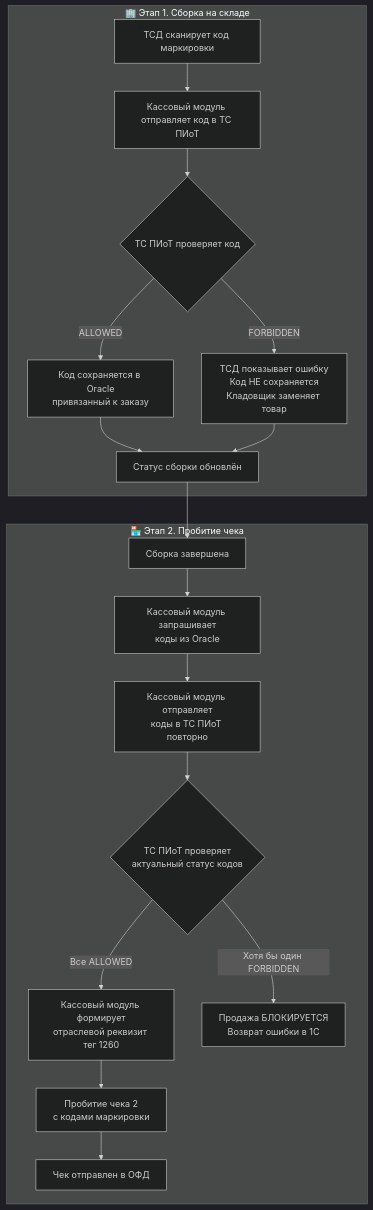
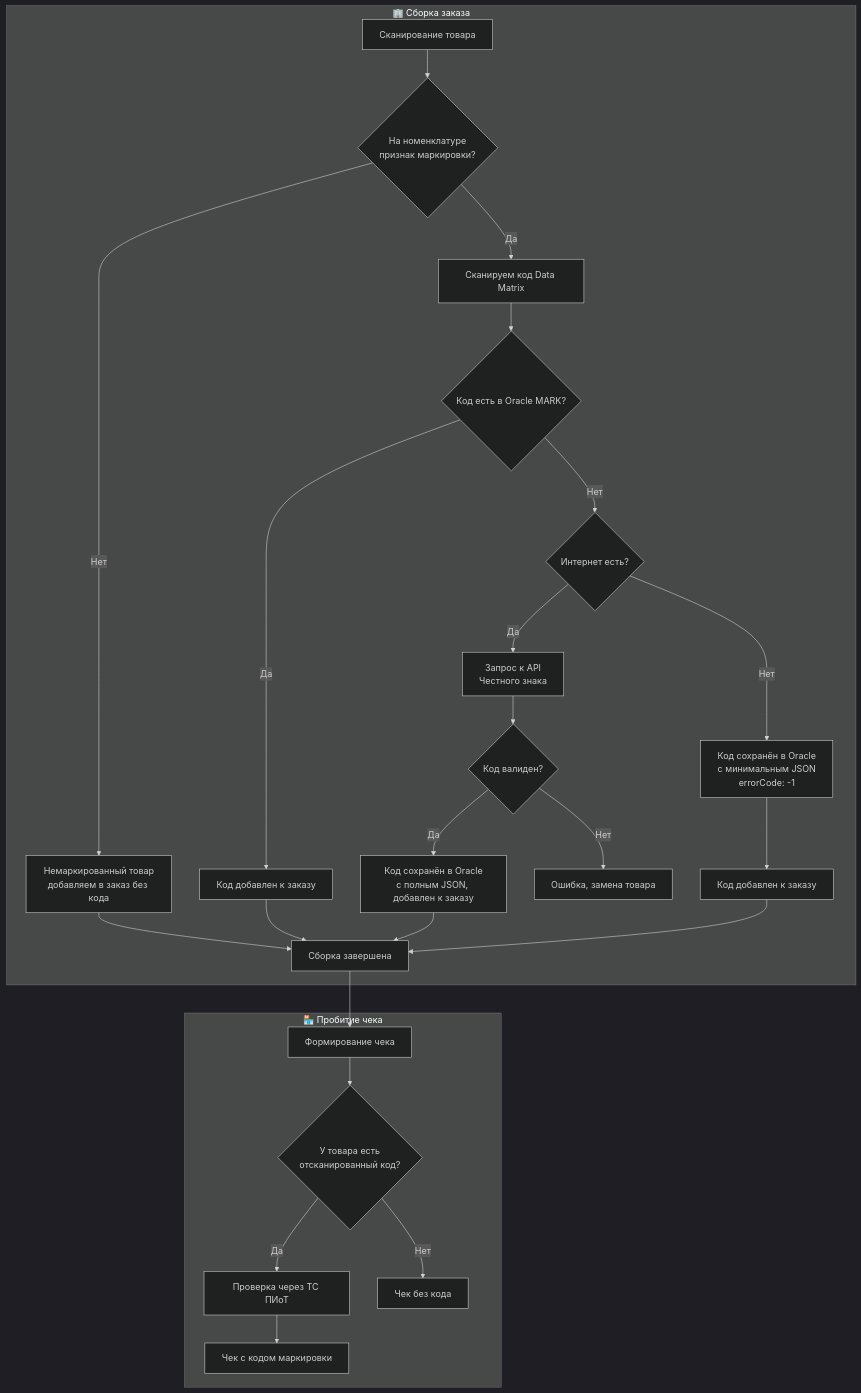
The second of 4 diagrams in src/main/resources/markdown/Cash/CashReceipt.md (polushindn-art/oralce-api), drawn with Mermaid (dark theme) before and after one commit. The commit also changed other lines of this file and 15 other files, not shown here.

````diff
--- a/src/main/resources/markdown/Cash/CashReceipt.md
+++ b/src/main/resources/markdown/Cash/CashReceipt.md
@@ -325,23 +331,30 @@
 ```mermaid
 flowchart TD
-    subgraph Склад["🏢 Этап 1. Сборка на складе"]
-        A[ТСД сканирует код маркировки] --> B[Кассовый модуль отправляет код в ТС ПИоТ]
-        B --> C{ТС ПИоТ проверяет код}
-        C -->|ALLOWED| D[Код сохраняется в Oracle<br>привязанный к заказу]
-        C -->|FORBIDDEN| E[ТСД показывает ошибку<br>Код НЕ сохраняется<br>Кладовщик заменяет товар]
-        D --> F[Статус сборки обновлён]
-        E --> F
-    end
-
-subgraph Касса["🏪 Этап 2. Пробитие чека"]
-G[Сборка завершена] --> H[Кассовый модуль запрашивает<br>коды из Oracle]
-H --> I[Кассовый модуль отправляет<br>коды в ТС ПИоТ повторно]
-I --> J{ТС ПИоТ проверяет<br>актуальный статус кодов}
-J -->|Все ALLOWED| K[Кассовый модуль формирует<br>отраслевой реквизит тег 1260]
-K --> L[Пробитие чека 2<br>с кодами маркировки]
-L --> M[Чек отправлен в ОФД]
-J -->|Хотя бы один FORBIDDEN| N[Продажа БЛОКИРУЕТСЯ<br>Возврат ошибки в 1С]
+subgraph Сборка["🏢 Сборка заказа"]
+A[Сканирование товара] --> B{На номенклатуре<br>признак маркировки?}
+B -->|Нет| C[Немаркированный товар<br>добавляем в заказ без кода]
+B -->|Да| D[Сканируем код Data Matrix]
+D --> E{Код есть в Oracle MARK?}
+E -->|Да| F[Код добавлен к заказу]
+E -->|Нет| G{Интернет есть?}
+G -->|Да| H[Запрос к API<br>Честного знака]
+H --> I{Код валиден?}
+I -->|Да| J[Код сохранён в Oracle<br>с полным JSON, добавлен к заказу]
+I -->|Нет| K[Ошибка, замена товара]
+G -->|Нет| L[Код сохранён в Oracle<br>с минимальным JSON<br>errorCode: -1]
+L --> M[Код добавлен к заказу]
+C --> N[Сборка завершена]
+F --> N
+J --> N
+M --> N
 end
 
-F --> G
+subgraph Касса["🏪 Пробитие чека"]
+S[Формирование чека] --> T{У товара есть<br>отсканированный код?}
+T -->|Да| U[Проверка через ТС ПИоТ]
+U --> V[Чек с кодом маркировки]
+T -->|Нет| W[Чек без кода]
+end
+
+N --> S
 ```
````
